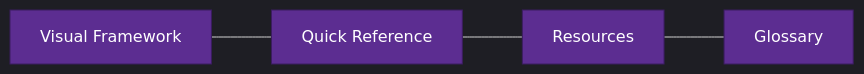
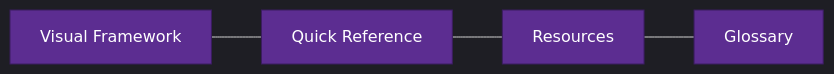
The second of 2 diagrams in README.md (microsoft/Microsoft-AI-Decision-Framework), drawn with Mermaid before and after one commit. The commit also changed other lines of this file, not shown here.

First line of the commit message:
fix: simplify Mermaid inline directives to fix diagram clipping

````diff
--- a/README.md
+++ b/README.md
@@ -87,15 +95,20 @@
 ```mermaid
-%%{init: {'theme':'dark','flowchart': {'nodeSpacing': 100, 'rankSpacing': 60, 'diagramPadding': 20}}}%%
+%%{init: {'theme':'dark'}}%%
 flowchart LR
-        VF["Visual Framework"] --- QR["Quick Reference"] --- RES["Resources"] --- GLOS["Glossary"]
+    VF["Visual Framework"]
+    QR["Quick Reference"]
+    RES["Resources"]
+    GLOS["Glossary"]
 
-        style VF fill:#5C2D91,stroke:#3B1D61,color:#fff
-        style QR fill:#5C2D91,stroke:#3B1D61,color:#fff
-        style RES fill:#5C2D91,stroke:#3B1D61,color:#fff
-        style GLOS fill:#5C2D91,stroke:#3B1D61,color:#fff
+    VF --- QR --- RES --- GLOS
 
-        click VF "{{ site.baseurl }}/docs/visual-framework" "Open Visual Framework" _self
-        click QR "{{ site.baseurl }}/docs/quick-reference" "Open Quick Reference" _self
-        click RES "{{ site.baseurl }}/docs/resources" "Open Resources" _self
-        click GLOS "{{ site.baseurl }}/docs/glossary" "Open Glossary" _self
+    style VF fill:#5C2D91,stroke:#3B1D61,color:#fff
+    style QR fill:#5C2D91,stroke:#3B1D61,color:#fff
+    style RES fill:#5C2D91,stroke:#3B1D61,color:#fff
+    style GLOS fill:#5C2D91,stroke:#3B1D61,color:#fff
+
+    click VF "{{ site.baseurl }}/docs/visual-framework" "Open Visual Framework" _self
+    click QR "{{ site.baseurl }}/docs/quick-reference" "Open Quick Reference" _self
+    click RES "{{ site.baseurl }}/docs/resources" "Open Resources" _self
+    click GLOS "{{ site.baseurl }}/docs/glossary" "Open Glossary" _self
 ```
````
